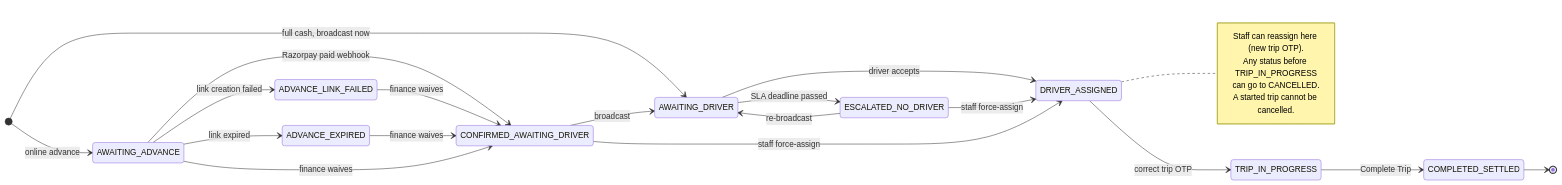
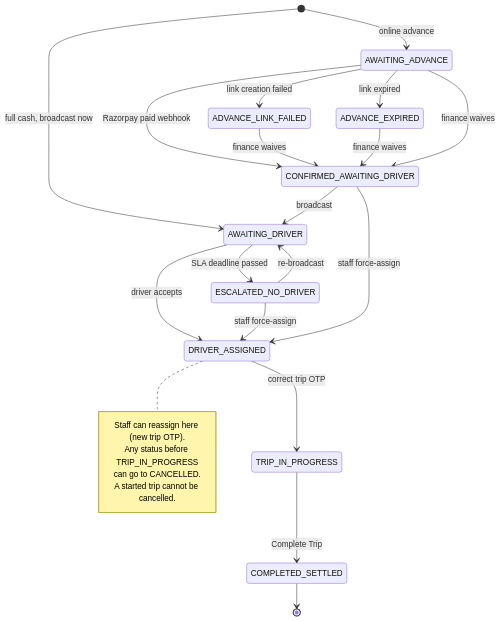
One commit to githubfolks/biharbcabs_v2 changed the second of 13 diagrams in crm-design/diagrams.md. Above: the diagram before and after it, drawn with Mermaid. The commit also changed other lines of this file and 6 other files, not shown here.

````diff
--- a/crm-design/diagrams.md
+++ b/crm-design/diagrams.md
@@ -64,32 +64,32 @@
 ```mermaid
 stateDiagram-v2
-    direction LR
+    direction TB
     [*] --> AWAITING_ADVANCE: online advance
     [*] --> AWAITING_DRIVER: full cash, broadcast now
 
     AWAITING_ADVANCE --> CONFIRMED_AWAITING_DRIVER: Razorpay paid webhook
     AWAITING_ADVANCE --> ADVANCE_LINK_FAILED: link creation failed
     AWAITING_ADVANCE --> ADVANCE_EXPIRED: link expired
     ADVANCE_LINK_FAILED --> CONFIRMED_AWAITING_DRIVER: finance waives
     ADVANCE_EXPIRED --> CONFIRMED_AWAITING_DRIVER: finance waives
     AWAITING_ADVANCE --> CONFIRMED_AWAITING_DRIVER: finance waives
 
     CONFIRMED_AWAITING_DRIVER --> AWAITING_DRIVER: broadcast
     AWAITING_DRIVER --> ESCALATED_NO_DRIVER: SLA deadline passed
     ESCALATED_NO_DRIVER --> AWAITING_DRIVER: re-broadcast
 
     AWAITING_DRIVER --> DRIVER_ASSIGNED: driver accepts
     ESCALATED_NO_DRIVER --> DRIVER_ASSIGNED: staff force-assign
     CONFIRMED_AWAITING_DRIVER --> DRIVER_ASSIGNED: staff force-assign
 
     DRIVER_ASSIGNED --> TRIP_IN_PROGRESS: correct trip OTP
     TRIP_IN_PROGRESS --> COMPLETED_SETTLED: Complete Trip
     COMPLETED_SETTLED --> [*]
 
     note right of DRIVER_ASSIGNED
         Staff can reassign here (new trip OTP).
         Any status before TRIP_IN_PROGRESS
         can go to CANCELLED.
         A started trip cannot be cancelled.
     end note
 ```
````
